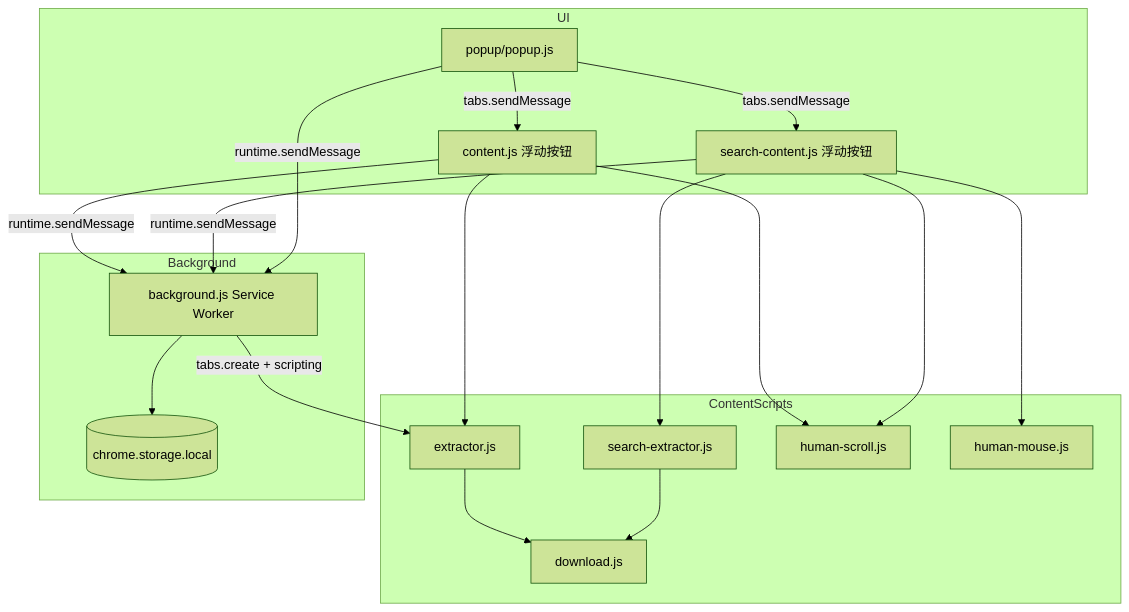
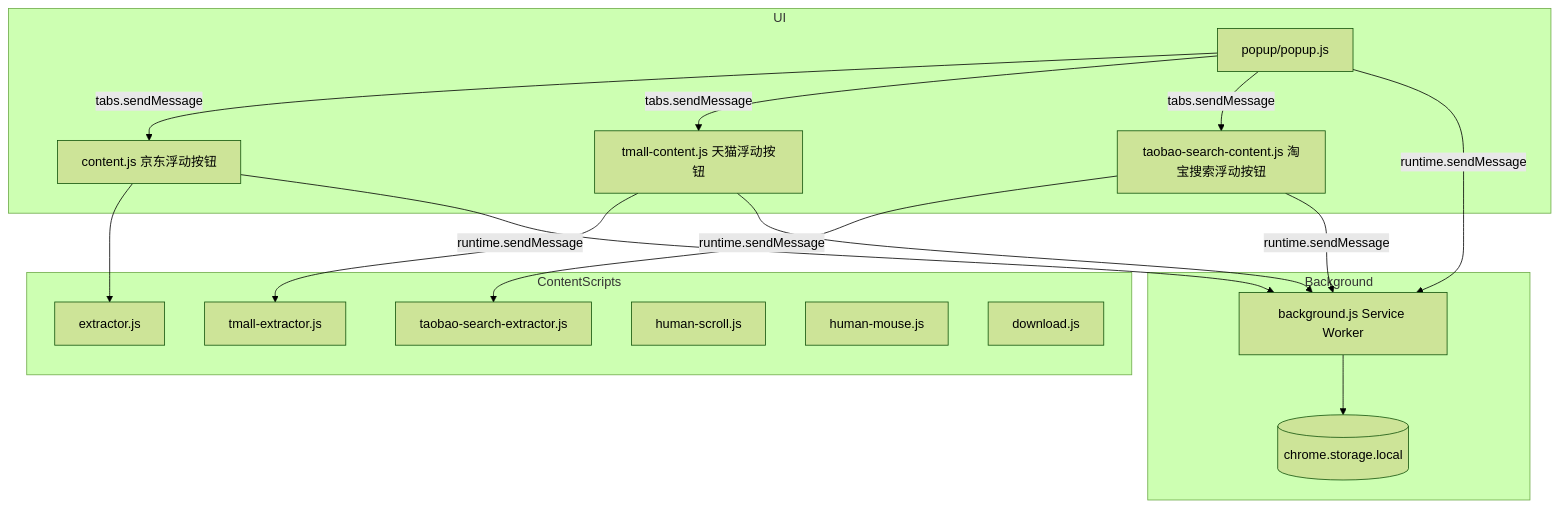
The diagram in docs/开发者文档.md (AriseshineSky/jd-product-extractor), drawn with Mermaid (forest theme) before and after one commit. The commit also changed other lines of this file and 25 other files, not shown here.

Commit message:
add tmall support, cache-only extraction and unified download

````diff
--- a/docs/开发者文档.md
+++ b/docs/开发者文档.md
@@ -41,38 +43,36 @@
 ```mermaid
 flowchart TB
   subgraph UI
     Popup[popup/popup.js]
-    FloatItem[content.js 浮动按钮]
-    FloatSearch[search-content.js 浮动按钮]
+    JdItem[content.js 京东浮动按钮]
+    TmallItem[tmall-content.js 天猫浮动按钮]
+    TbSearch[taobao-search-content.js 淘宝搜索浮动按钮]
   end
 
   subgraph ContentScripts
-    Extractor[extractor.js]
-    SearchExt[search-extractor.js]
+    JdExt[extractor.js]
+    TmallExt[tmall-extractor.js]
+    TbSearchExt[taobao-search-extractor.js]
     HumanScroll[human-scroll.js]
     HumanMouse[human-mouse.js]
     Download[download.js]
   end
 
   subgraph Background
     SW[background.js Service Worker]
     Storage[(chrome.storage.local)]
   end
 
-  Popup -->|tabs.sendMessage| FloatItem
-  Popup -->|tabs.sendMessage| FloatSearch
-  FloatItem --> Extractor
-  FloatSearch --> SearchExt
-  FloatItem --> HumanScroll
-  FloatSearch --> HumanScroll
-  FloatSearch --> HumanMouse
+  Popup -->|tabs.sendMessage| JdItem
+  Popup -->|tabs.sendMessage| TmallItem
+  Popup -->|tabs.sendMessage| TbSearch
+  JdItem --> JdExt
+  TmallItem --> TmallExt
+  TbSearch --> TbSearchExt
 
-  FloatItem -->|runtime.sendMessage| SW
-  FloatSearch -->|runtime.sendMessage| SW
+  JdItem -->|runtime.sendMessage| SW
+  TmallItem -->|runtime.sendMessage| SW
+  TbSearch -->|runtime.sendMessage| SW
   Popup -->|runtime.sendMessage| SW
-
   SW --> Storage
-  SW -->|tabs.create + scripting| Extractor
-  Extractor --> Download
-  SearchExt --> Download
 ```
````
